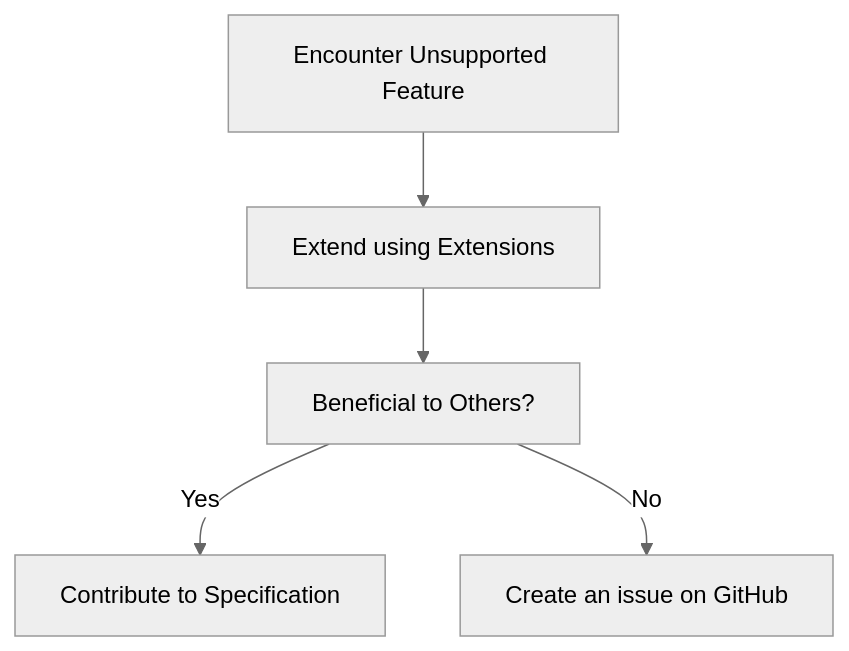
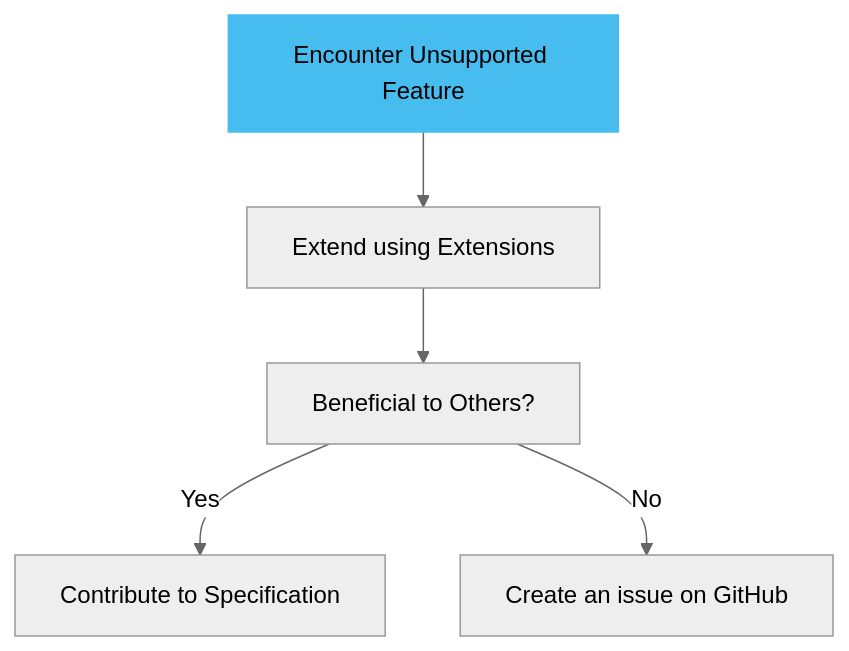
Before and after one commit to asyncapi/website: the second of 3 diagrams in pages/docs/concepts/asyncapi-document/extending-specification.md, drawn with Mermaid (neutral theme). The commit also changed other lines of this file, not shown here.

Commit message:
add style in diagram

````diff
--- a/pages/docs/concepts/asyncapi-document/extending-specification.md
+++ b/pages/docs/concepts/asyncapi-document/extending-specification.md
@@ -56,13 +57,15 @@
 ```mermaid
-graph TD
-A[Encounter Unsupported Feature]
-B[Extend using Extensions]
-C[Beneficial to Others?]
-D[Contribute to Specification]
-E[Create an issue on GitHub]
+  graph TD
+  A[Encounter Unsupported Feature]
+  B[Extend using Extensions]
+  C[Beneficial to Others?]
+  D[Contribute to Specification]
+  E[Create an issue on GitHub]
 
-A --> B
-B --> C
-C -->|Yes| D
-C -->|No| E
+  style A fill:#47BCEE,stroke:#47BCEE;
+
+  A --> B
+  B --> C
+  C -->|Yes| D
+  C -->|No| E
 ```
````
